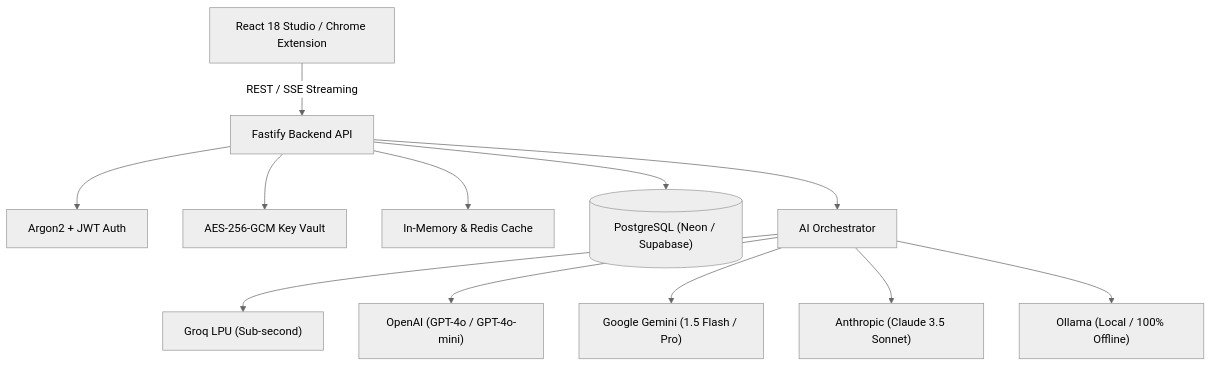
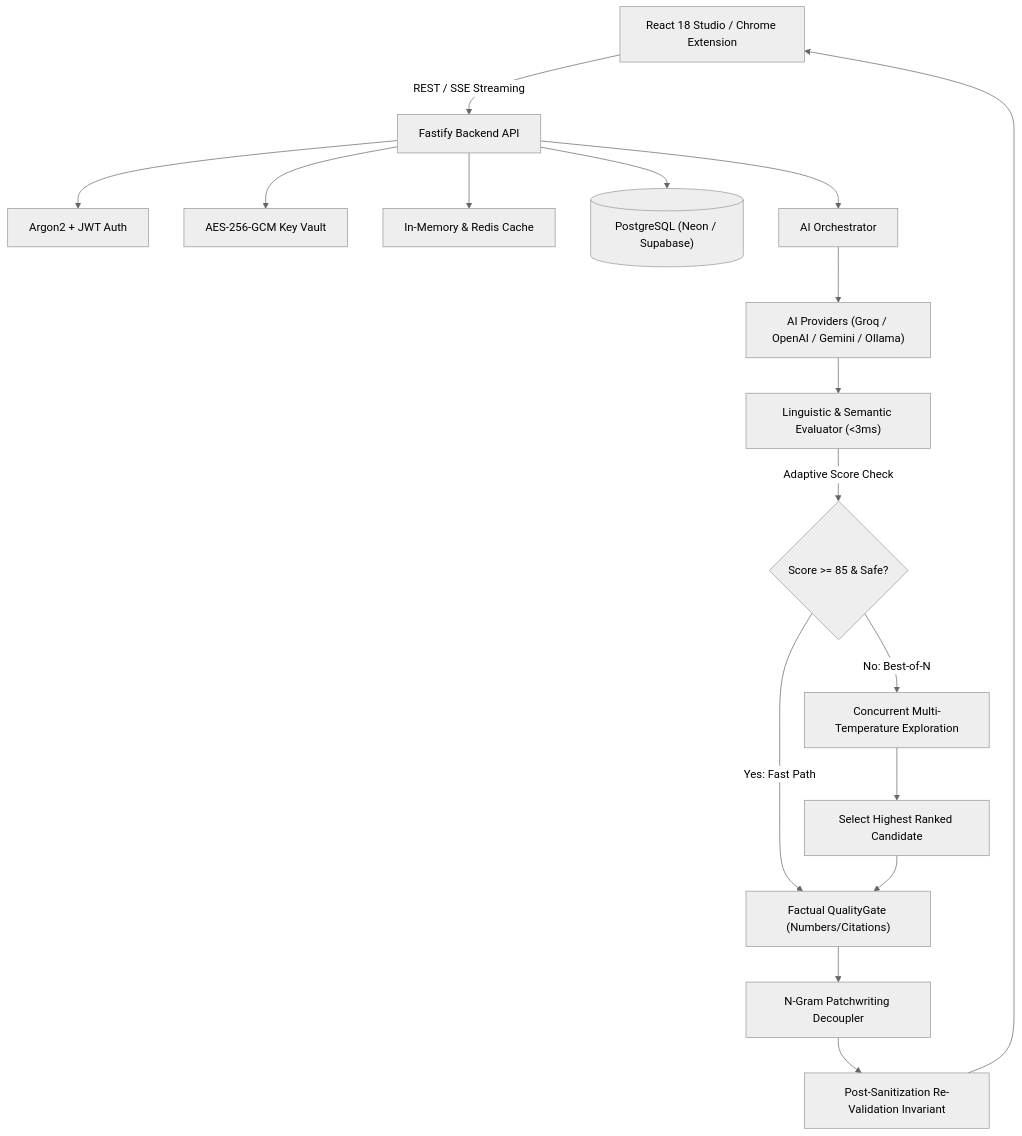
The diagram in README.md (lucky4-git1/rewritebot), drawn with Mermaid (neutral theme) before and after one commit. The commit also changed other lines of this file, not shown here.

Commit message:
docs: update README with adaptive multi-candidate paraphrasing, linguistic evaluation, and QualityGate architecture

````diff
--- a/README.md
+++ b/README.md
@@ -138,14 +142,19 @@
 ```mermaid
 graph TD
     Client["React 18 Studio / Chrome Extension"] -->|REST / SSE Streaming| Fastify["Fastify Backend API"]
     Fastify --> Auth["Argon2 + JWT Auth"]
     Fastify --> Encrypt["AES-256-GCM Key Vault"]
     Fastify --> Cache["In-Memory & Redis Cache"]
     Fastify --> DB[("PostgreSQL (Neon / Supabase)")]
     Fastify --> Orchestrator["AI Orchestrator"]
-    Orchestrator --> Groq["Groq LPU (Sub-second)"]
-    Orchestrator --> OpenAI["OpenAI (GPT-4o / GPT-4o-mini)"]
-    Orchestrator --> Gemini["Google Gemini (1.5 Flash / Pro)"]
-    Orchestrator --> Anthropic["Anthropic (Claude 3.5 Sonnet)"]
-    Orchestrator --> Ollama["Ollama (Local / 100% Offline)"]
+    Orchestrator --> Providers["AI Providers (Groq / OpenAI / Gemini / Ollama)"]
+    Providers --> Eval["Linguistic & Semantic Evaluator (<3ms)"]
+    Eval -->|Adaptive Score Check| Branch{Score >= 85 & Safe?}
+    Branch -->|Yes: Fast Path| Gate["Factual QualityGate (Numbers/Citations)"]
+    Branch -->|No: Best-of-N| MultiGen["Concurrent Multi-Temperature Exploration"]
+    MultiGen --> Select["Select Highest Ranked Candidate"]
+    Select --> Gate
+    Gate --> Sanitizer["N-Gram Patchwriting Decoupler"]
+    Sanitizer --> Reval["Post-Sanitization Re-Validation Invariant"]
+    Reval --> Client
 ```
````
